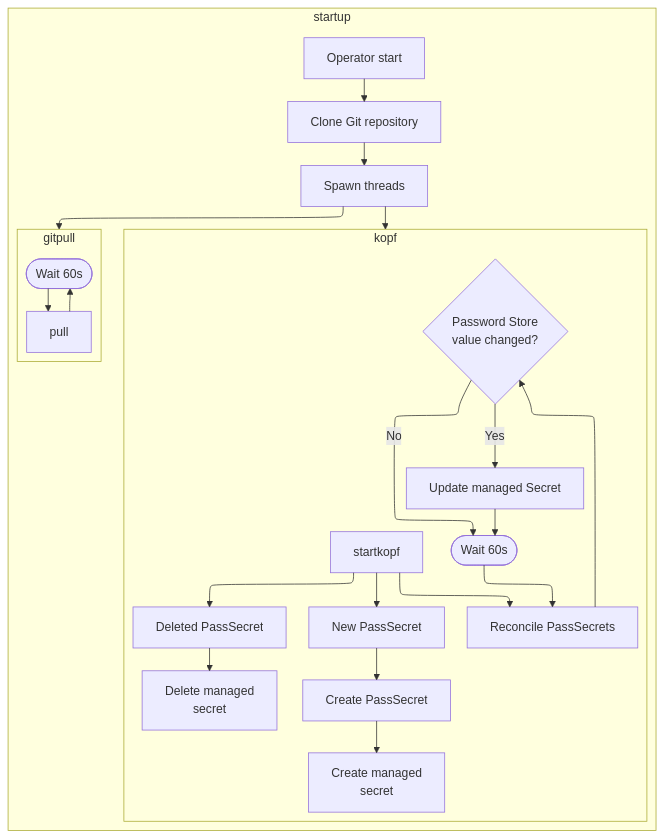
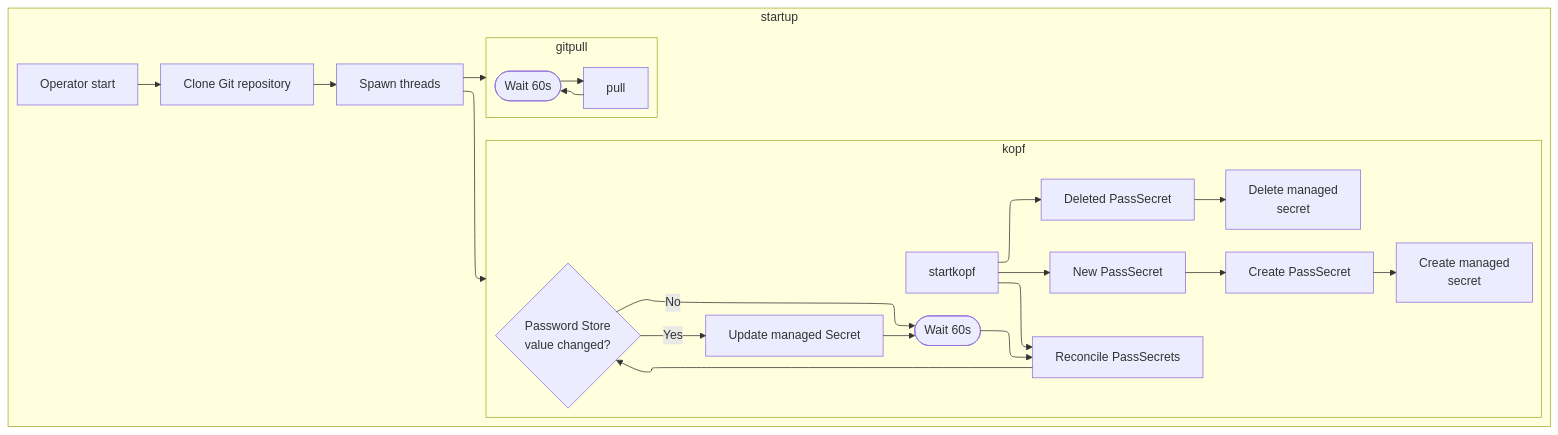
Before and after one commit to premiscale/pass-operator: the diagram in README.md, drawn with Mermaid.

Commit message:
PASS-22: LR instead of TD

````diff
--- a/README.md
+++ b/README.md
@@ -50,19 +50,19 @@
 ```mermaid
 %%{init: {"flowchart": {"defaultRenderer": "elk"}} }%%
-flowchart TD
+flowchart LR
     subgraph startup
         start[Operator start] --> clone[Clone Git repository]
         clone --> threads[Spawn threads]
         threads --> kopf
         threads --> gitpull
     end
     subgraph kopf
         startkopf --> reconcile[Reconcile PassSecrets] --> storevaluechanged{Password Store<br>value changed?} -->|Yes| update[Update managed Secret] --> reconcilewait([Wait 60s]) --> reconcile
         storevaluechanged -->|No| reconcilewait
         startkopf --> new[New PassSecret] --> create[Create PassSecret] --> createms[Create managed<br>secret]
         startkopf --> delete[Deleted PassSecret] --> deletems[Delete managed<br>secret]
     end
     subgraph gitpull
         pull --> wait([Wait 60s]) --> pull
     end
 ```
````
